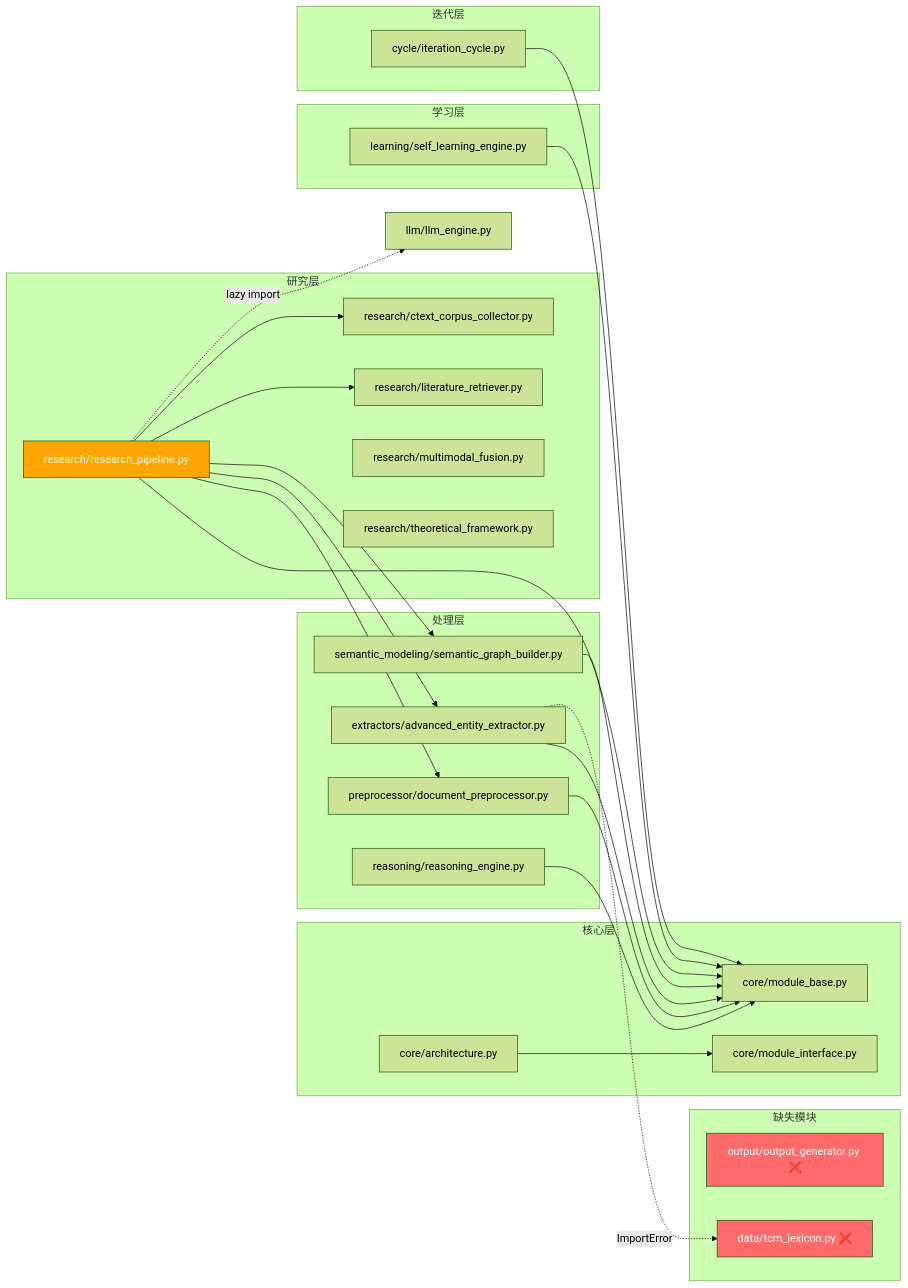
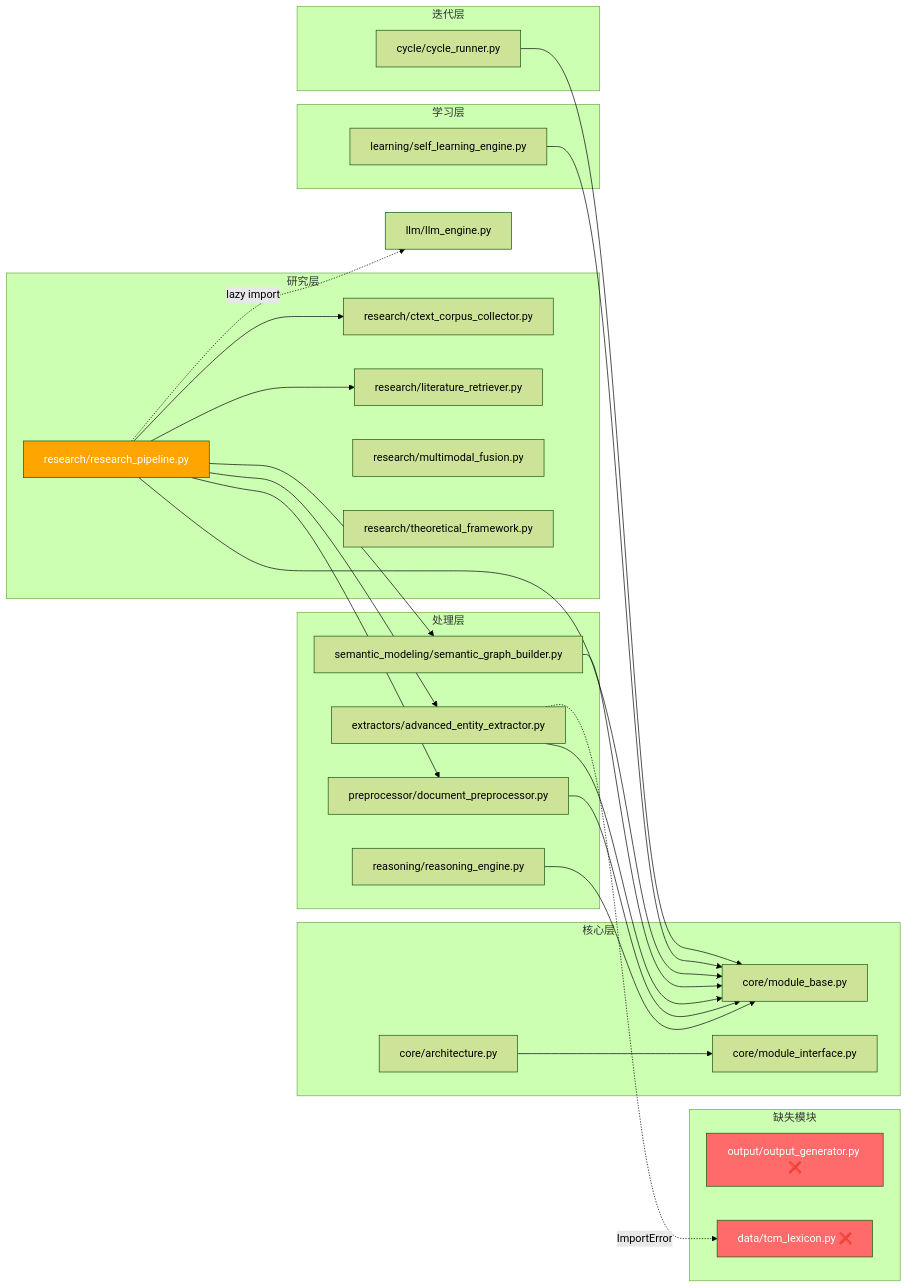
The first of 11 diagrams in docs/architecture/architecture-design.md (guose1314/tcmautoresearch), drawn with Mermaid (forest theme) before and after one commit. The commit also changed other lines of this file and 80 other files, not shown here.

````diff
--- a/docs/architecture/architecture-design.md
+++ b/docs/architecture/architecture-design.md
@@ -101,56 +101,56 @@
 ```mermaid
 graph LR
     subgraph 核心层
         A[core/module_base.py]
         B[core/module_interface.py]
         C[core/architecture.py]
     end
 
     subgraph 处理层
         D[preprocessor/document_preprocessor.py]
         E[extractors/advanced_entity_extractor.py]
         F[semantic_modeling/semantic_graph_builder.py]
         G[reasoning/reasoning_engine.py]
     end
 
     subgraph 研究层
         H[research/research_pipeline.py]
         I[research/literature_retriever.py]
         J[research/ctext_corpus_collector.py]
         K[research/multimodal_fusion.py]
         L[research/theoretical_framework.py]
     end
 
     subgraph 学习层
         M[learning/self_learning_engine.py]
     end
 
     subgraph 迭代层
-        N[cycle/iteration_cycle.py]
+        N[cycle/cycle_runner.py]
     end
 
     subgraph 缺失模块
         O[output/output_generator.py ❌]
         P[data/tcm_lexicon.py ❌]
     end
 
     D --> A
     E --> A
     E -.->|ImportError| P
     F --> A
     G --> A
     H --> A
     H --> D
     H --> E
     H --> F
     H --> I
     H --> J
     H -.->|lazy import| Q[llm/llm_engine.py]
     M --> A
     N --> A
     C --> B
 
     style O fill:#ff6b6b,color:#fff
     style P fill:#ff6b6b,color:#fff
     style H fill:#ffa500,color:#fff
 ```
````
